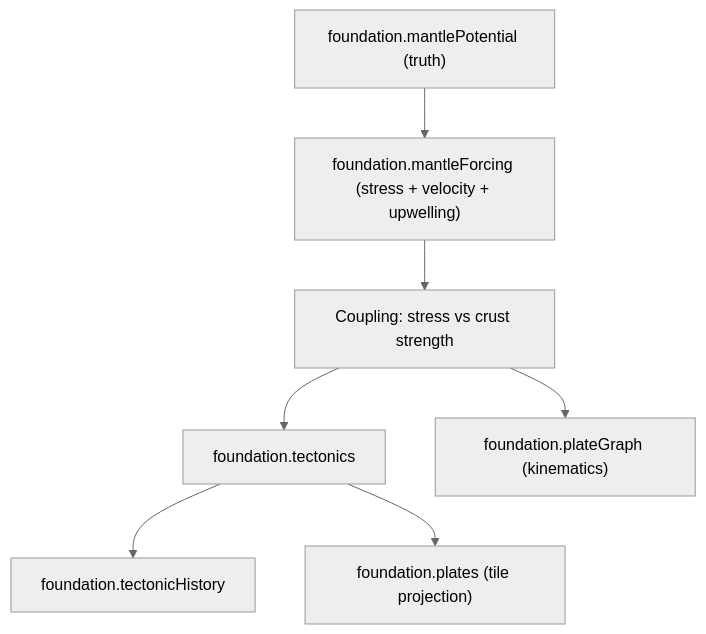
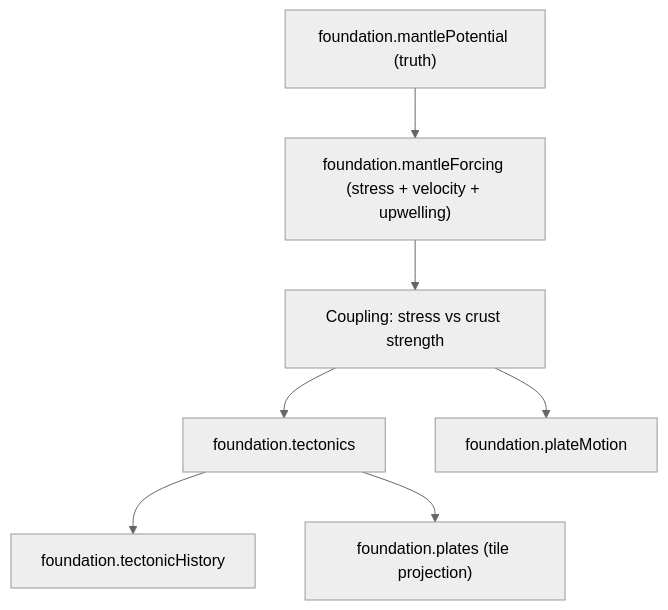
Before and after one commit to mateicanavra/civ7-modding-tools: the diagram in docs/projects/pipeline-realism/resources/spec/sections/mantle-forcing.md, drawn with Mermaid (neutral theme). The commit also changed other lines of this file and 5 other files, not shown here.

Commit message:
docs(pipeline-realism): PR-M1-023 plate motion posture

````diff
--- a/docs/projects/pipeline-realism/resources/spec/sections/mantle-forcing.md
+++ b/docs/projects/pipeline-realism/resources/spec/sections/mantle-forcing.md
@@ -130,9 +130,9 @@
 ```mermaid
 flowchart TD
   A["foundation.mantlePotential (truth)"] --> B["foundation.mantleForcing (stress + velocity + upwelling)"]
   B --> C["Coupling: stress vs crust strength"]
   C --> D["foundation.tectonics"]
-  C --> E["foundation.plateGraph (kinematics)"]
+  C --> E["foundation.plateMotion"]
   D --> F["foundation.tectonicHistory"]
   D --> G["foundation.plates (tile projection)"]
 ```
````
